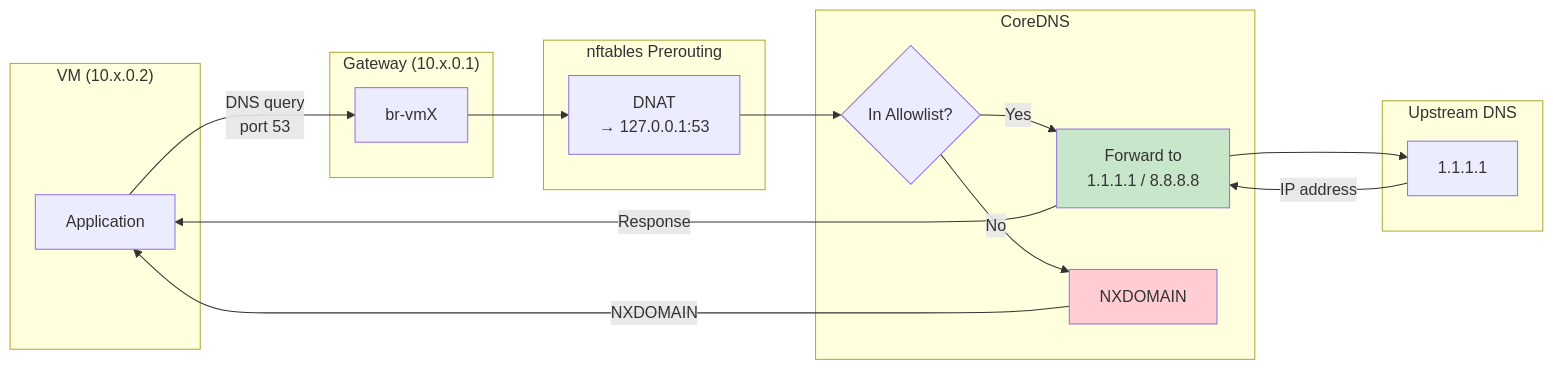
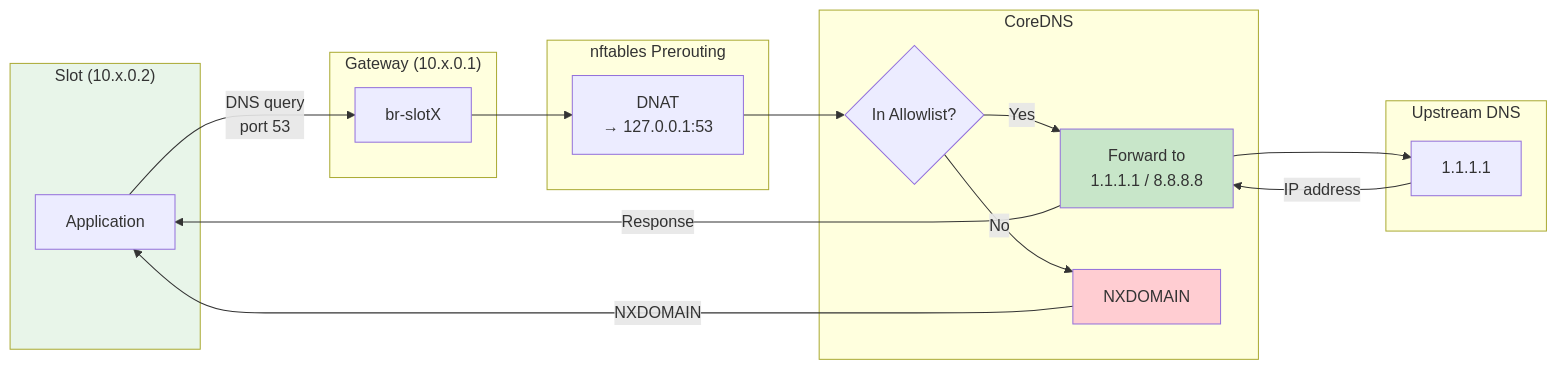
The ninth of 15 diagrams in NETWORK-TOPOLOGY.md (r33drichards/simple-microvm-infra), drawn with Mermaid before and after one commit. The commit also changed other lines of this file and 3 other files, not shown here.

First line of the commit message:
Update documentation for portable state architecture

````diff
--- a/NETWORK-TOPOLOGY.md
+++ b/NETWORK-TOPOLOGY.md
@@ -402,37 +402,38 @@
 ```mermaid
 graph LR
-    subgraph VM["VM (10.x.0.2)"]
+    subgraph Slot["Slot (10.x.0.2)"]
         App["Application"]
     end
 
     subgraph Gateway["Gateway (10.x.0.1)"]
-        Bridge["br-vmX"]
+        Bridge["br-slotX"]
     end
 
     subgraph Prerouting["nftables Prerouting"]
         DNAT["DNAT<br/>→ 127.0.0.1:53"]
     end
 
     subgraph CoreDNS["CoreDNS"]
         Check{In Allowlist?}
         Forward["Forward to<br/>1.1.1.1 / 8.8.8.8"]
         Block["NXDOMAIN"]
     end
 
     subgraph Upstream["Upstream DNS"]
         Resolver["1.1.1.1"]
     end
 
     App -->|DNS query<br/>port 53| Bridge
     Bridge --> DNAT
     DNAT --> Check
     Check -->|Yes| Forward
     Check -->|No| Block
     Forward --> Resolver
     Resolver -->|IP address| Forward
     Forward -->|Response| App
     Block -->|NXDOMAIN| App
 
     style Block fill:#ffcdd2
     style Forward fill:#c8e6c9
+    style Slot fill:#e8f5e9
 ```
````
